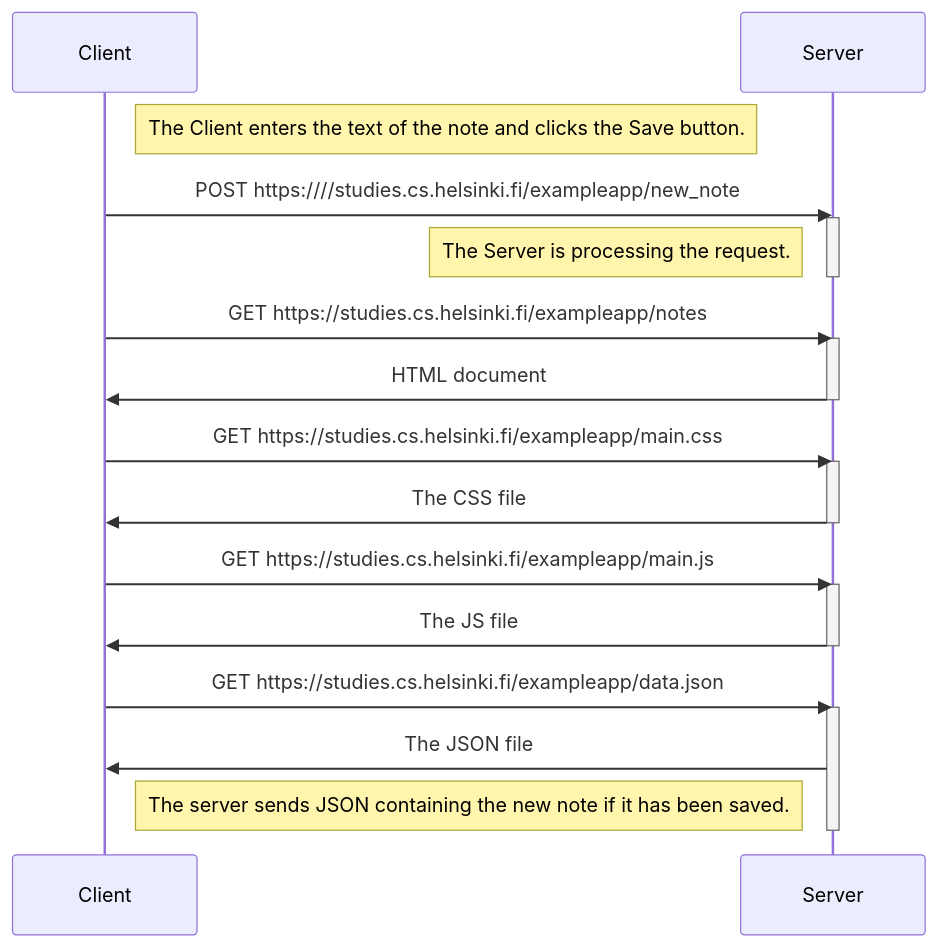
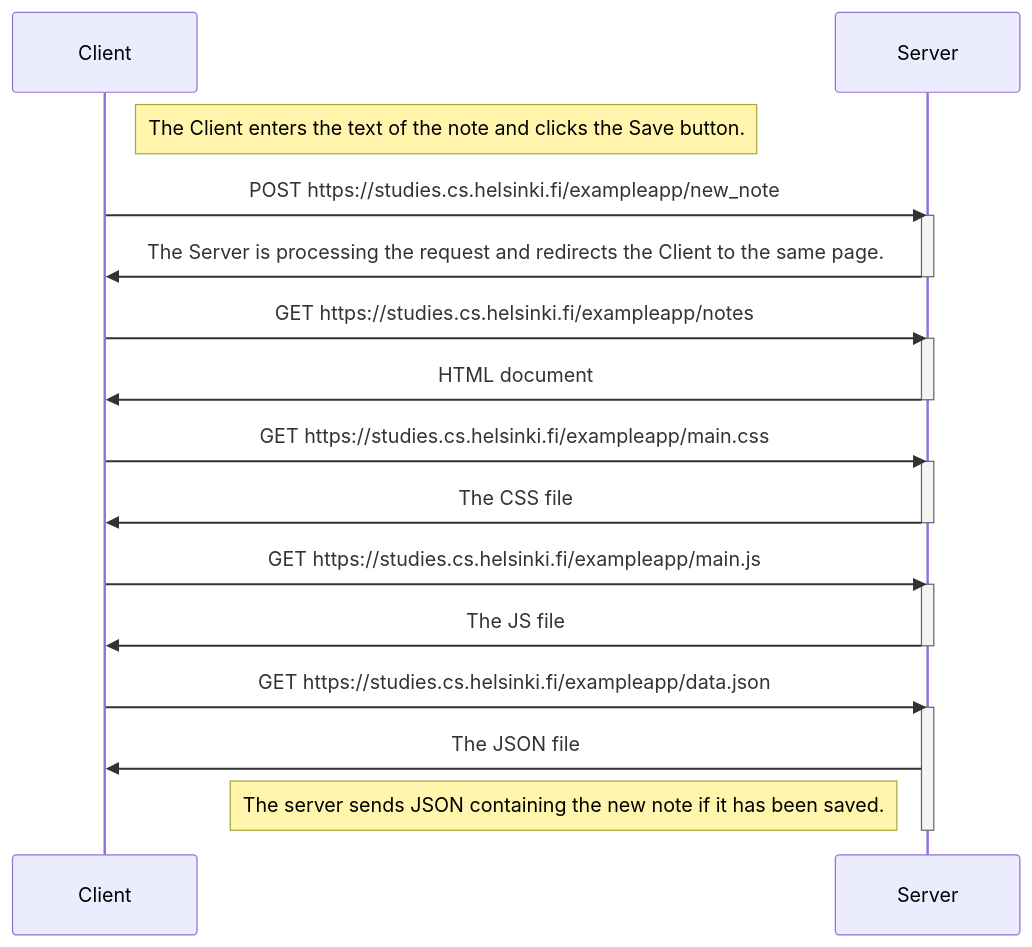
Before and after one commit to eclypse13/fullstackopen: the diagram in Part 0/Exercise 4/new-note-diagram.md, drawn with Mermaid. The commit also changed 1 other file, not shown here.

Commit message:
corrected an inaccuracy in the creating new note diagram + add exercise 5

````diff
--- a/Part 0/Exercise 4/new-note-diagram.md
+++ b/Part 0/Exercise 4/new-note-diagram.md
@@ -1,32 +1,32 @@
 ```mermaid
 sequenceDiagram
     participant Client
     participant Server
 
     Note right of Client: The Client enters the text of the note and clicks the Save button.
-    Client->>Server: POST https:////studies.cs.helsinki.fi/exampleapp/new_note
+    Client->>Server: POST https://studies.cs.helsinki.fi/exampleapp/new_note
     activate Server
-    Note left of Server: The Server is processing the request.
+    Server->>Client: The Server is processing the request and redirects the Client to the same page.
     deactivate Server
 
     Client->>Server: GET https://studies.cs.helsinki.fi/exampleapp/notes
     activate Server
     Server->>Client: HTML document
     deactivate Server
 
     Client->>Server: GET https://studies.cs.helsinki.fi/exampleapp/main.css
     activate Server
     Server->>Client: The CSS file
     deactivate Server
 
     Client->>Server: GET https://studies.cs.helsinki.fi/exampleapp/main.js
     activate Server
     Server->>Client: The JS file
     deactivate Server
 
     Client->>Server: GET https://studies.cs.helsinki.fi/exampleapp/data.json
     activate Server
     Server->>Client: The JSON file
     Note left of Server: The server sends JSON containing the new note if it has been saved.
     deactivate Server
 ```
````
